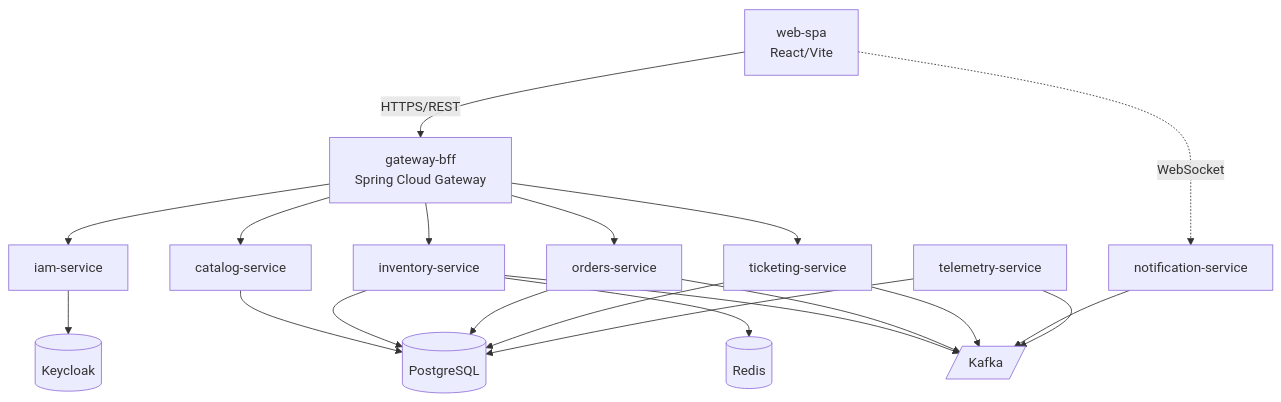
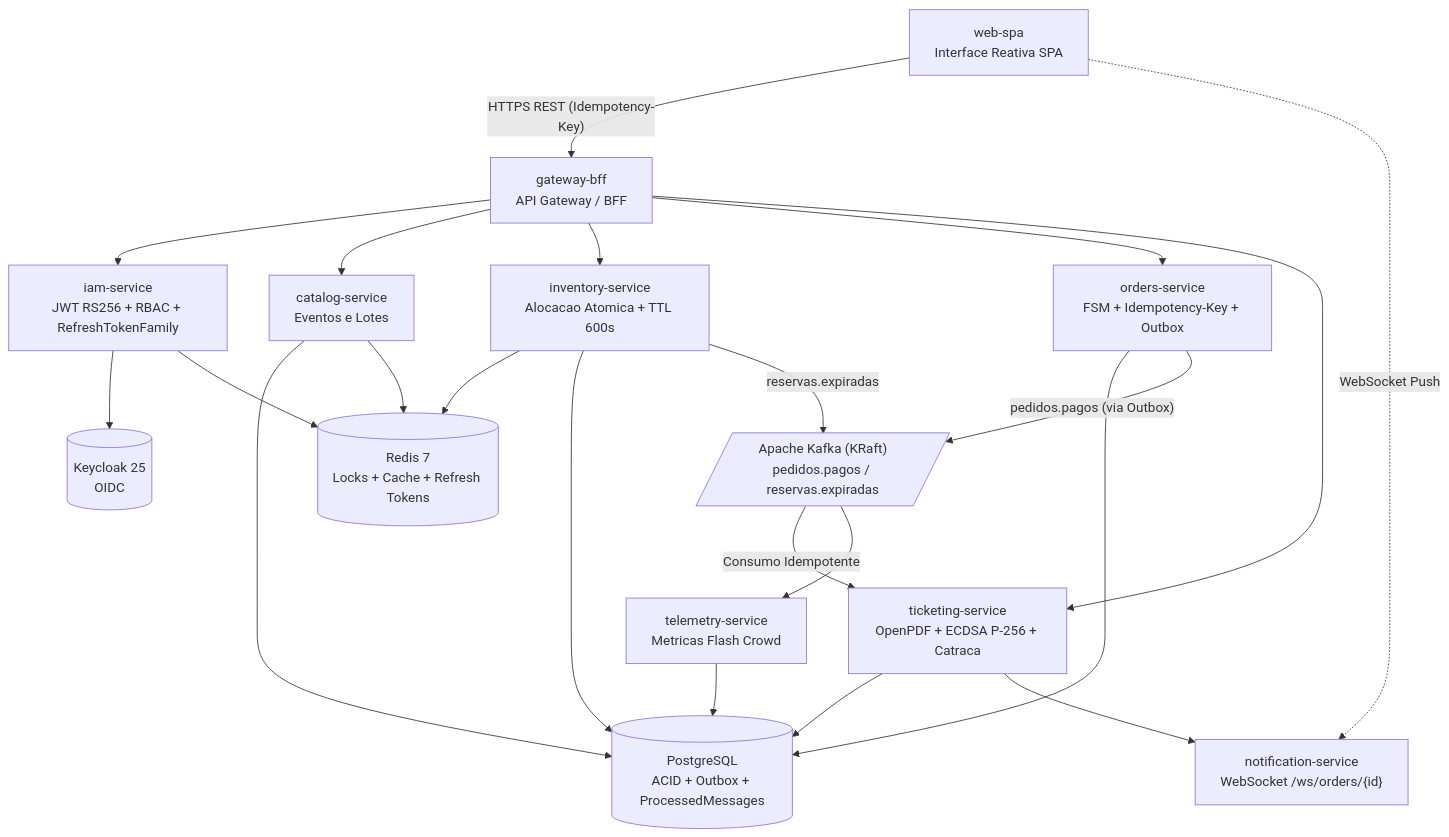
Before and after one commit to leofwingert/BolsoPass: the second of 3 diagrams in Pacote 2 - Arquitetura e Infraestrutura/01 - Arquitetura C4.md, drawn with Mermaid. The commit also changed other lines of this file and 92 other files, not shown here.

````diff
--- a/Pacote 2 - Arquitetura e Infraestrutura/01 - Arquitetura C4.md
+++ b/Pacote 2 - Arquitetura e Infraestrutura/01 - Arquitetura C4.md
@@ -89,39 +110,41 @@
 ```mermaid
 flowchart TB
-  SPA[web-spa<br/>React/Vite]
-  GW[gateway-bff<br/>Spring Cloud Gateway]
-  IAM[iam-service]
-  CAT[catalog-service]
-  INV[inventory-service]
-  ORD[orders-service]
-  TKT[ticketing-service]
-  NOT[notification-service]
-  TEL[telemetry-service]
+    SPA["web-spa<br/>Interface Reativa SPA"]
+    GW["gateway-bff<br/>API Gateway / BFF"]
+    IAM["iam-service<br/>JWT RS256 + RBAC + RefreshTokenFamily"]
+    CAT["catalog-service<br/>Eventos e Lotes"]
+    INV["inventory-service<br/>Alocacao Atomica + TTL 600s"]
+    ORD["orders-service<br/>FSM + Idempotency-Key + Outbox"]
+    TKT["ticketing-service<br/>OpenPDF + ECDSA P-256 + Catraca"]
+    NOT["notification-service<br/>WebSocket /ws/orders/{id}"]
+    TEL["telemetry-service<br/>Metricas Flash Crowd"]
 
-  PG[(PostgreSQL)]
-  RD[(Redis)]
-  KF[/Kafka/]
-  KC[(Keycloak)]
+    PG[("PostgreSQL<br/>ACID + Outbox + ProcessedMessages")]
+    RD[("Redis 7<br/>Locks + Cache + Refresh Tokens")]
+    KF[/"Apache Kafka (KRaft)<br/>pedidos.pagos / reservas.expiradas"/]
+    KC[("Keycloak 25<br/>OIDC")]
 
-  SPA -->|HTTPS/REST| GW
-  SPA -.->|WebSocket| NOT
+    SPA -->|"HTTPS REST (Idempotency-Key)"| GW
+    SPA -.->|"WebSocket Push"| NOT
 
-  GW --> IAM
-  GW --> CAT
-  GW --> INV
-  GW --> ORD
-  GW --> TKT
+    GW --> IAM
+    GW --> CAT
+    GW --> INV
+    GW --> ORD
+    GW --> TKT
 
-  IAM --> KC
-  CAT --> PG
-  INV --> RD
-  INV --> PG
-  INV --> KF
-  ORD --> PG
-  ORD --> KF
-  TKT --> KF
-  TKT --> PG
-  NOT --> KF
-  TEL --> KF
-  TEL --> PG
+    IAM --> KC
+    IAM --> RD
+    CAT --> PG
+    CAT --> RD
+    INV --> RD
+    INV --> PG
+    INV -->|"reservas.expiradas"| KF
+    ORD --> PG
+    ORD -->|"pedidos.pagos (via Outbox)"| KF
+    KF -->|"Consumo Idempotente"| TKT
+    TKT --> PG
+    TKT --> NOT
+    KF --> TEL
+    TEL --> PG
 ```
````
